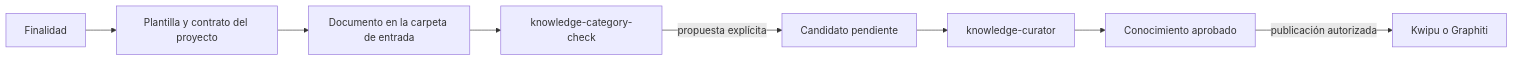
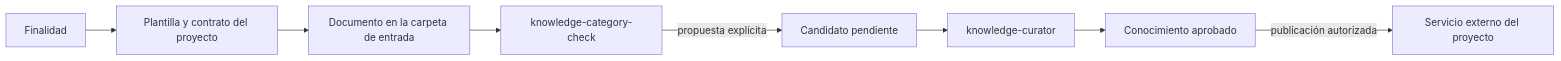
One commit to daycry/custom-agents changed diagram 27 of 28 in docs/FLOWS.md. Above: the diagram before and after it, drawn with Mermaid. The commit also changed other lines of this file and 60 other files, not shown here.

````diff
--- a/docs/FLOWS.md
+++ b/docs/FLOWS.md
@@ -853,10 +850,10 @@
 ```mermaid
 flowchart LR
   Finalidad --> Plantilla[Plantilla y contrato del proyecto]
   Plantilla --> Original[Documento en la carpeta de entrada]
   Original --> Check[knowledge-category-check]
   Check -->|propuesta explícita| Pending[Candidato pendiente]
   Pending --> Curator[knowledge-curator]
   Curator --> Approved[Conocimiento aprobado]
-  Approved -->|publicación autorizada| Backend[Kwipu o Graphiti]
+  Approved -->|publicación autorizada| Backend[Servicio externo del proyecto]
 ```
````
